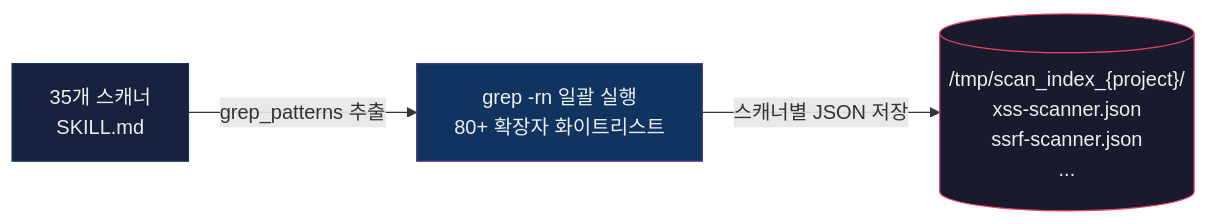
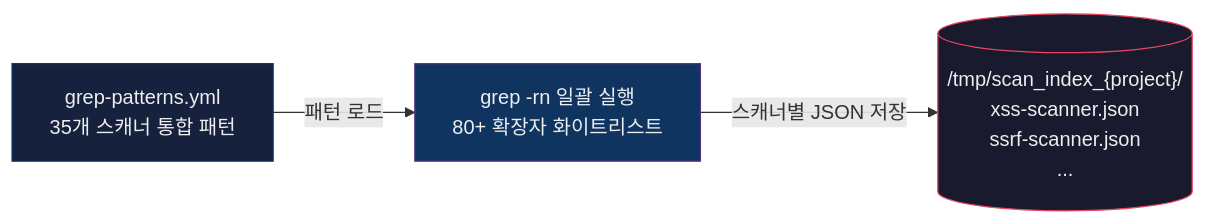
The second of 4 diagrams in README.md (nomarlhack/noah-sast), drawn with Mermaid before and after one commit. The commit also changed other lines of this file and 113 other files, not shown here.

````diff
--- a/README.md
+++ b/README.md
@@ -85,9 +85,9 @@
 ```mermaid
 flowchart LR
-    Skills["35개 스캐너\nSKILL.md"] -->|grep_patterns 추출| Grep["grep -rn 일괄 실행\n80+ 확장자 화이트리스트"]
+    Skills["grep-patterns.yml\n35개 스캐너 통합 패턴"] -->|패턴 로드| Grep["grep -rn 일괄 실행\n80+ 확장자 화이트리스트"]
     Grep -->|스캐너별 JSON 저장| Dir[("/tmp/scan_index_{project}/\nxss-scanner.json\nssrf-scanner.json\n...")]
 
     style Skills fill:#16213e,stroke:#0f3460,color:#eee
     style Grep fill:#0f3460,stroke:#533483,color:#eee
     style Dir fill:#1a1a2e,stroke:#e94560,color:#eee
 ```
````
